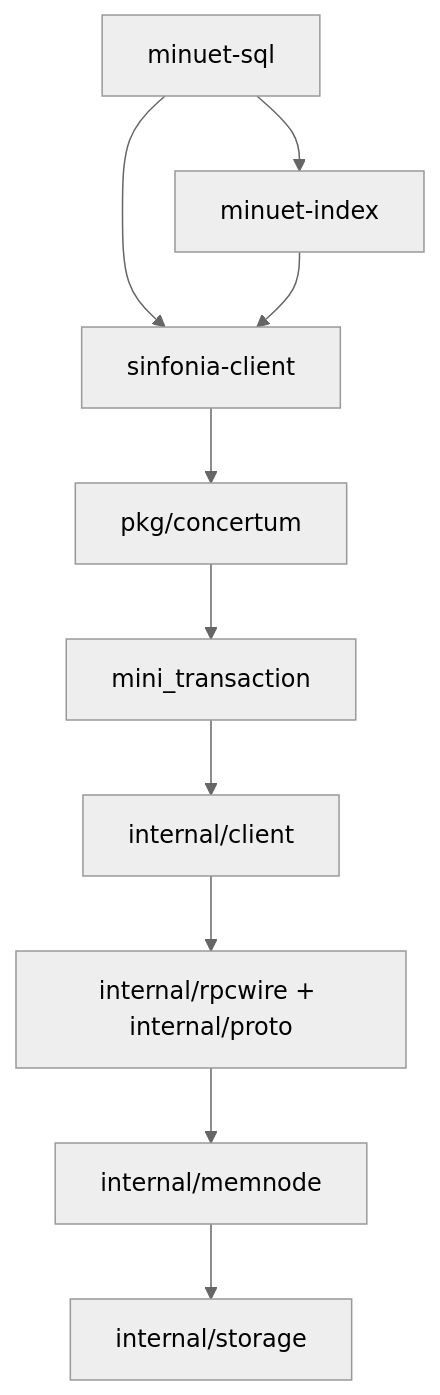
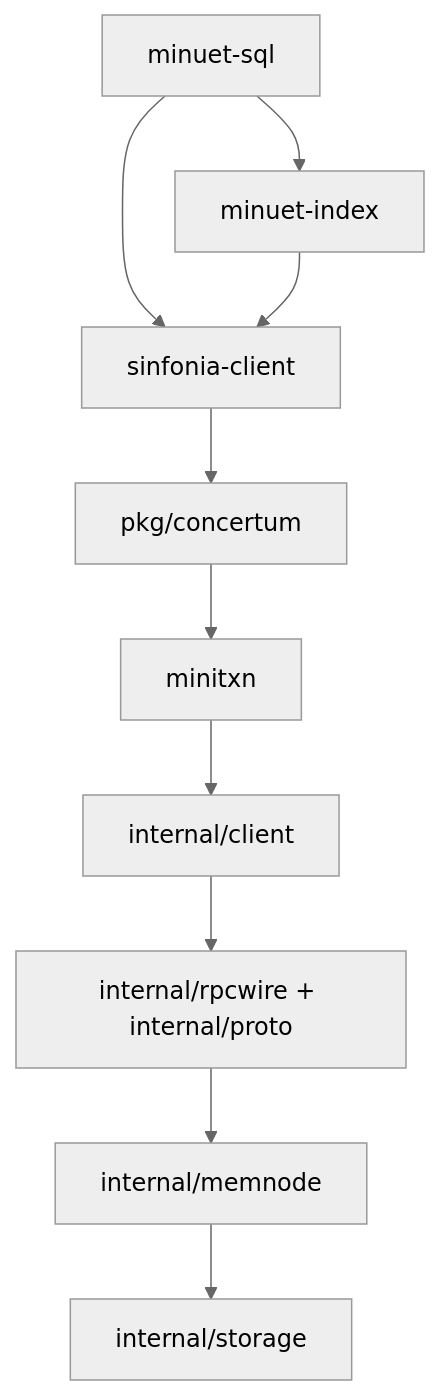
The diagram in docs/design.md (jbancroft/ConcertumDemo), drawn with Mermaid (neutral theme) before and after one commit. The commit also changed 13 other files, not shown here.

Commit message:
Rename transaction package to minitxn

````diff
--- a/docs/design.md
+++ b/docs/design.md
@@ -5,12 +5,12 @@
 ```mermaid
 flowchart TD
     SQL[minuet-sql] --> Index[minuet-index]
     SQL --> SDK[sinfonia-client]
     Index --> SDK
     SDK --> API[pkg/concertum]
-    API --> Transaction[mini_transaction]
+    API --> Transaction[minitxn]
     Transaction --> Coordinator[internal/client]
     Coordinator --> Wire[internal/rpcwire + internal/proto]
     Wire --> Node[internal/memnode]
     Node --> Storage[internal/storage]
 ```
````
